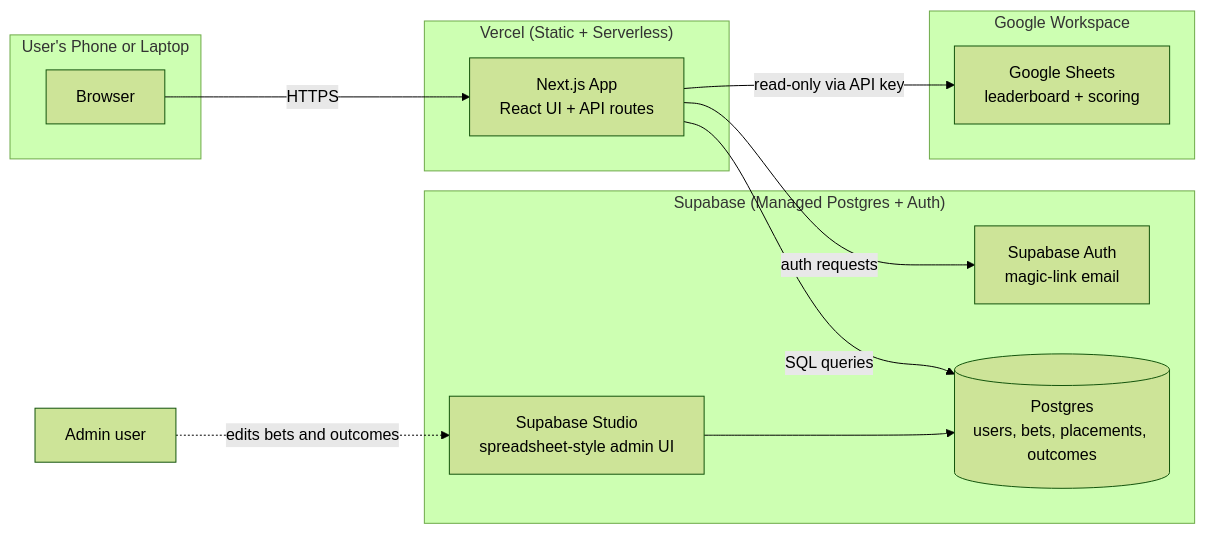
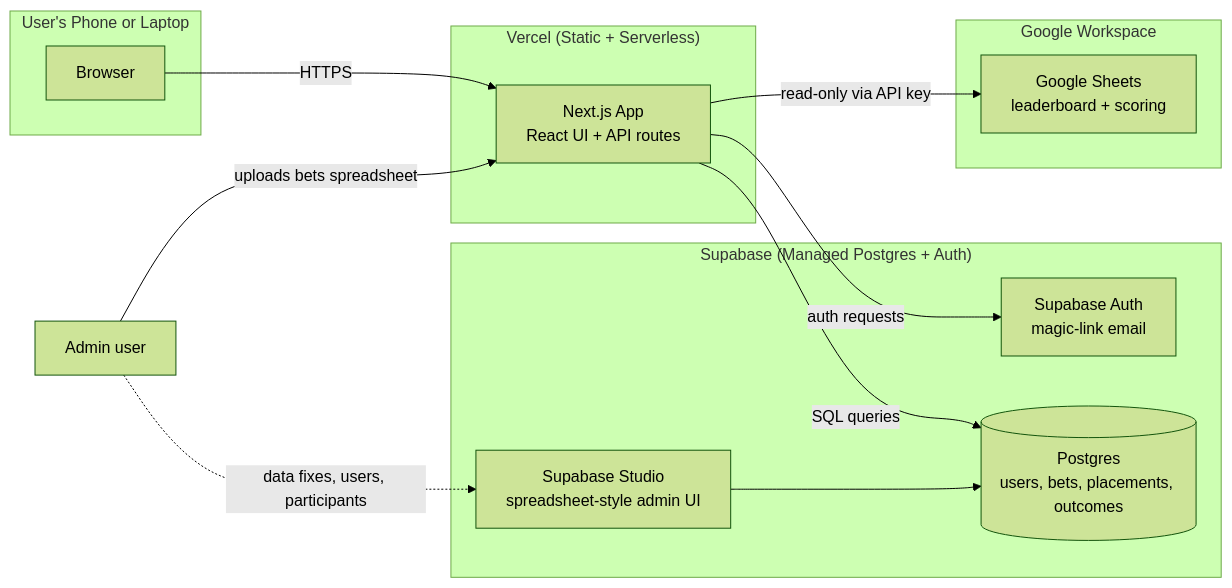
One commit to andrewelong18/ozark-open changed the first of 2 diagrams in ARCHITECTURE.md. Above: the diagram before and after it, drawn with Mermaid (forest theme). The commit also changed other lines of this file and 2 other files, not shown here.

First line of the commit message:
docs: PRD v4, data model, architecture adopt the bet/pick structure (ADR 0001)

````diff
--- a/ARCHITECTURE.md
+++ b/ARCHITECTURE.md
@@ -9,27 +9,28 @@
 ```mermaid
 graph LR
     subgraph "User's Phone or Laptop"
         Browser[Browser]
     end
 
     subgraph "Vercel (Static + Serverless)"
         NextJS[Next.js App<br/>React UI + API routes]
     end
 
     subgraph "Supabase (Managed Postgres + Auth)"
         Auth[Supabase Auth<br/>magic-link email]
         DB[(Postgres<br/>users, bets, placements, outcomes)]
         Studio[Supabase Studio<br/>spreadsheet-style admin UI]
     end
 
     subgraph "Google Workspace"
         Sheets[Google Sheets<br/>leaderboard + scoring]
     end
 
     Browser -->|HTTPS| NextJS
     NextJS -->|auth requests| Auth
     NextJS -->|SQL queries| DB
     NextJS -->|read-only via API key| Sheets
-    Admin[Admin user] -.->|edits bets and outcomes| Studio
+    Admin[Admin user] -->|uploads bets spreadsheet| NextJS
+    Admin -.->|data fixes, users, participants| Studio
     Studio --> DB
 ```
````
